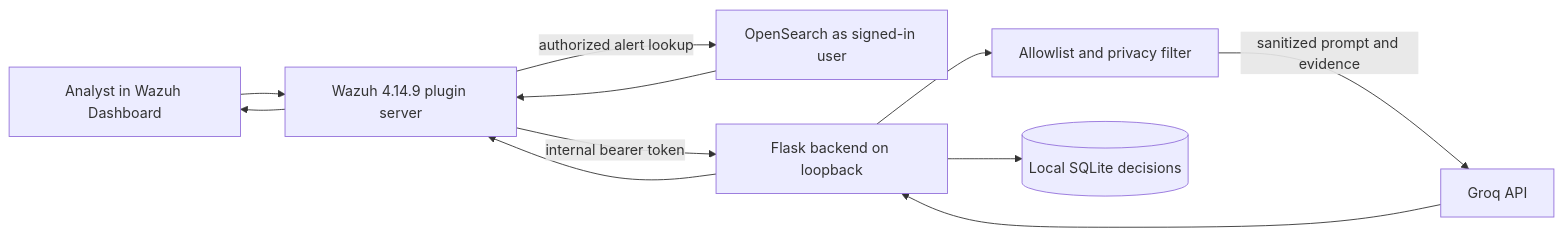
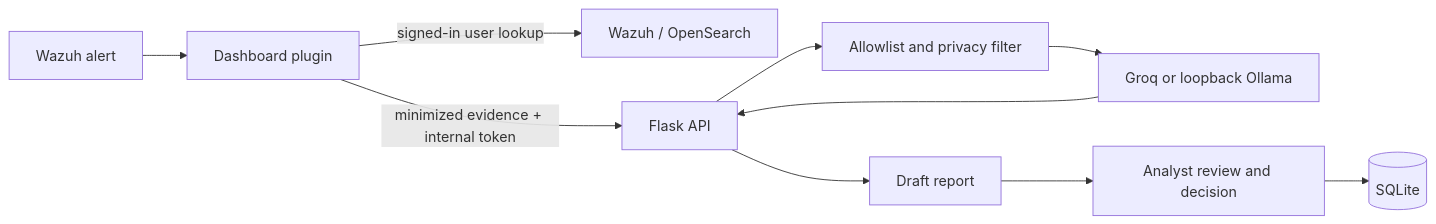
Before and after one commit to Albinthomas2005/AI-SOC-Platform: the diagram in README.md, drawn with Mermaid. The commit also changed other lines of this file and 6 other files, not shown here.

````diff
--- a/README.md
+++ b/README.md
@@ -61,21 +21,12 @@
 ```mermaid
 flowchart LR
-  Analyst[Analyst in Wazuh Dashboard]
-  Plugin[Wazuh 4.14.9 plugin server]
-  Search[OpenSearch as signed-in user]
-  Backend[Flask backend on loopback]
-  Filter[Allowlist and privacy filter]
-  Provider[Groq API]
-  DB[(Local SQLite decisions)]
-
-  Analyst --> Plugin
-  Plugin -->|authorized alert lookup| Search
-  Search --> Plugin
-  Plugin -->|internal bearer token| Backend
-  Backend --> Filter
-  Filter -->|sanitized prompt and evidence| Provider
-  Provider --> Backend
-  Backend --> DB
-  Backend --> Plugin
-  Plugin --> Analyst
+  A[Wazuh alert] --> B[Dashboard plugin]
+  B -->|signed-in user lookup| C[Wazuh / OpenSearch]
+  B -->|minimized evidence + internal token| D[Flask API]
+  D --> E[Allowlist and privacy filter]
+  E --> F[Groq or loopback Ollama]
+  F --> D
+  D --> G[Draft report]
+  G --> H[Analyst review and decision]
+  H --> I[(SQLite)]
 ```
````
